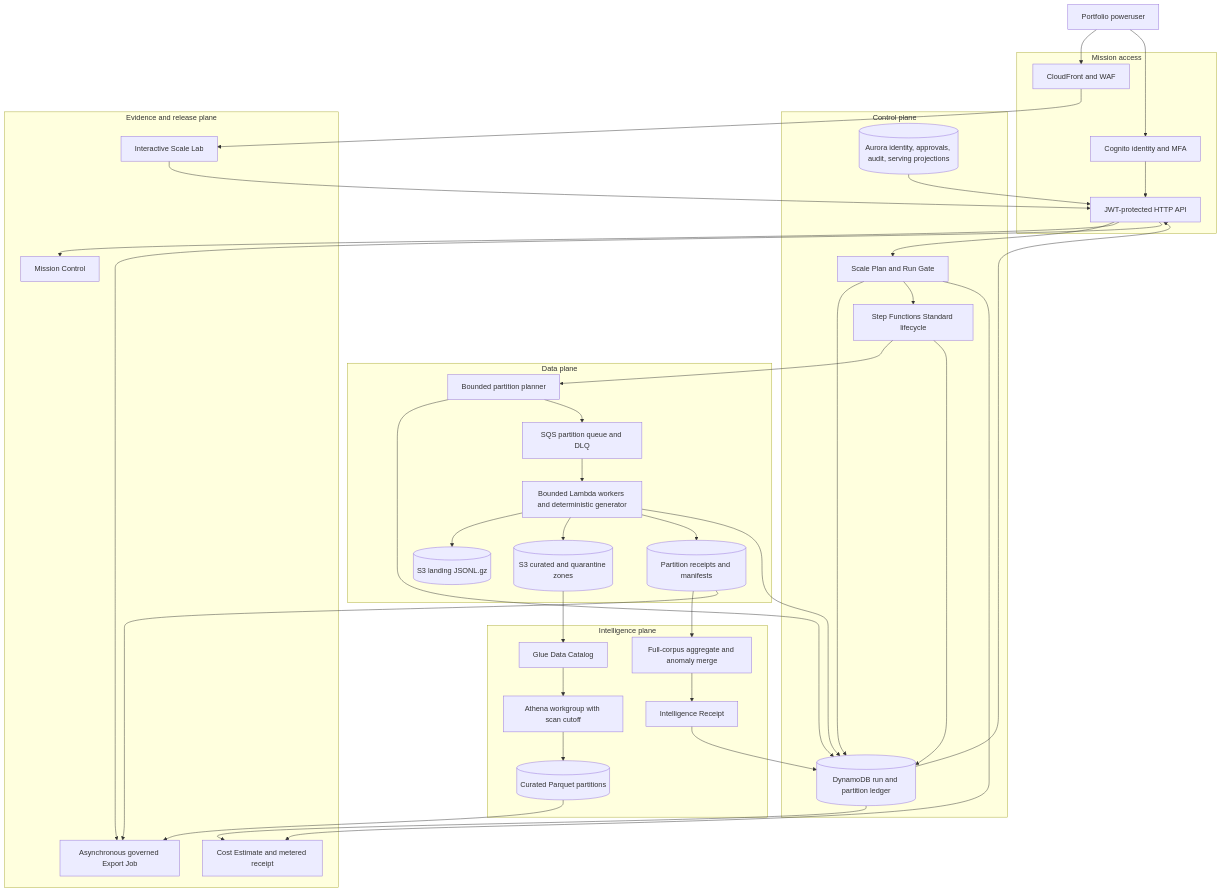
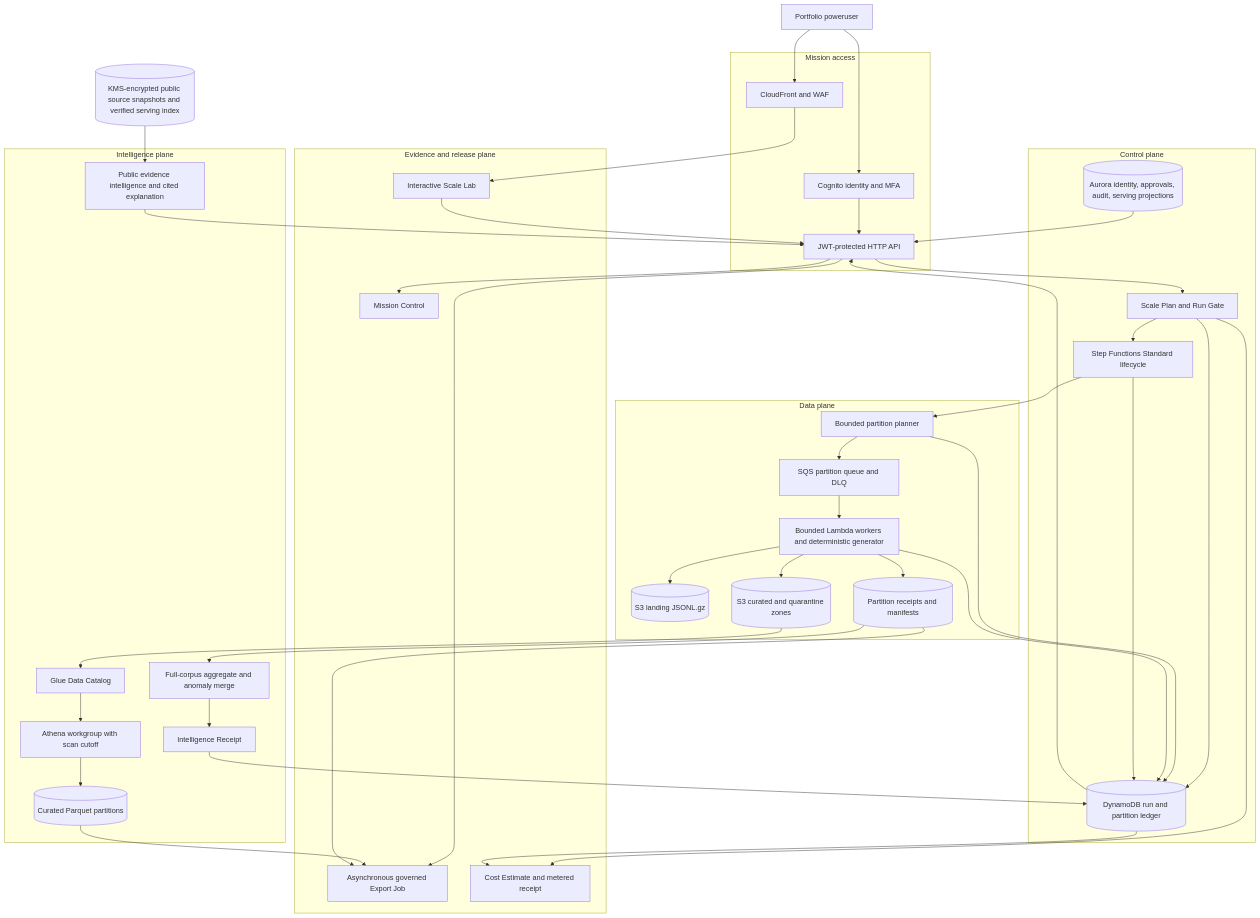
One commit to SatsyilCorp/compass-demo changed the diagram in docs/PRODUCTION_ARCHITECTURE.md. Above: the diagram before and after it, drawn with Mermaid. The commit also changed other lines of this file and 137 other files, not shown here.

Commit message:
Build governed public ONR intelligence pipeline

````diff
--- a/docs/PRODUCTION_ARCHITECTURE.md
+++ b/docs/PRODUCTION_ARCHITECTURE.md
@@ -12,73 +13,78 @@
 ```mermaid
 flowchart TB
   User["Portfolio poweruser"]
 
   subgraph Edge["Mission access"]
     CF["CloudFront and WAF"]
     Cognito["Cognito identity and MFA"]
     API["JWT-protected HTTP API"]
   end
 
   subgraph Control["Control plane"]
     Plan["Scale Plan and Run Gate"]
     SFN["Step Functions Standard lifecycle"]
     Ledger[("DynamoDB run and partition ledger")]
     Aurora[("Aurora identity, approvals, audit, serving projections")]
   end
 
   subgraph Data["Data plane"]
     Planner["Bounded partition planner"]
     Queue["SQS partition queue and DLQ"]
     Workers["Bounded Lambda workers and deterministic generator"]
     LakeRaw[("S3 landing JSONL.gz")]
     LakeCurated[("S3 curated and quarantine zones")]
     Receipts[("Partition receipts and manifests")]
   end
 
   subgraph Intel["Intelligence plane"]
     Catalog["Glue Data Catalog"]
     Athena["Athena workgroup with scan cutoff"]
     Parquet[("Curated Parquet partitions")]
     Merge["Full-corpus aggregate and anomaly merge"]
     IR["Intelligence Receipt"]
+    PublicIntel["Public evidence intelligence and cited explanation"]
   end
+
+  PublicLake[("KMS-encrypted public source snapshots and verified serving index")]
 
   subgraph Evidence["Evidence and release plane"]
     ScaleLab["Interactive Scale Lab"]
     Mission["Mission Control"]
     Export["Asynchronous governed Export Job"]
     Cost["Cost Estimate and metered receipt"]
   end
 
   User --> CF
   User --> Cognito
   CF --> ScaleLab
   Cognito --> API
   ScaleLab --> API
   API --> Plan
   Plan --> Ledger
   Plan --> SFN
   SFN --> Planner
   Planner --> Ledger
   Planner --> Queue
   Queue --> Workers
   Workers --> LakeRaw
   Workers --> LakeCurated
   Workers --> Receipts
   Workers --> Ledger
   SFN --> Ledger
   LakeCurated --> Catalog
   Catalog --> Athena
   Athena --> Parquet
   Receipts --> Merge
   Merge --> IR
+  PublicLake --> PublicIntel
+  PublicIntel --> API
   IR --> Ledger
   Ledger --> API
   Aurora --> API
   Plan --> Cost
   Ledger --> Cost
   API --> Mission
   API --> Export
   Parquet --> Export
   Receipts --> Export
 ```
````
